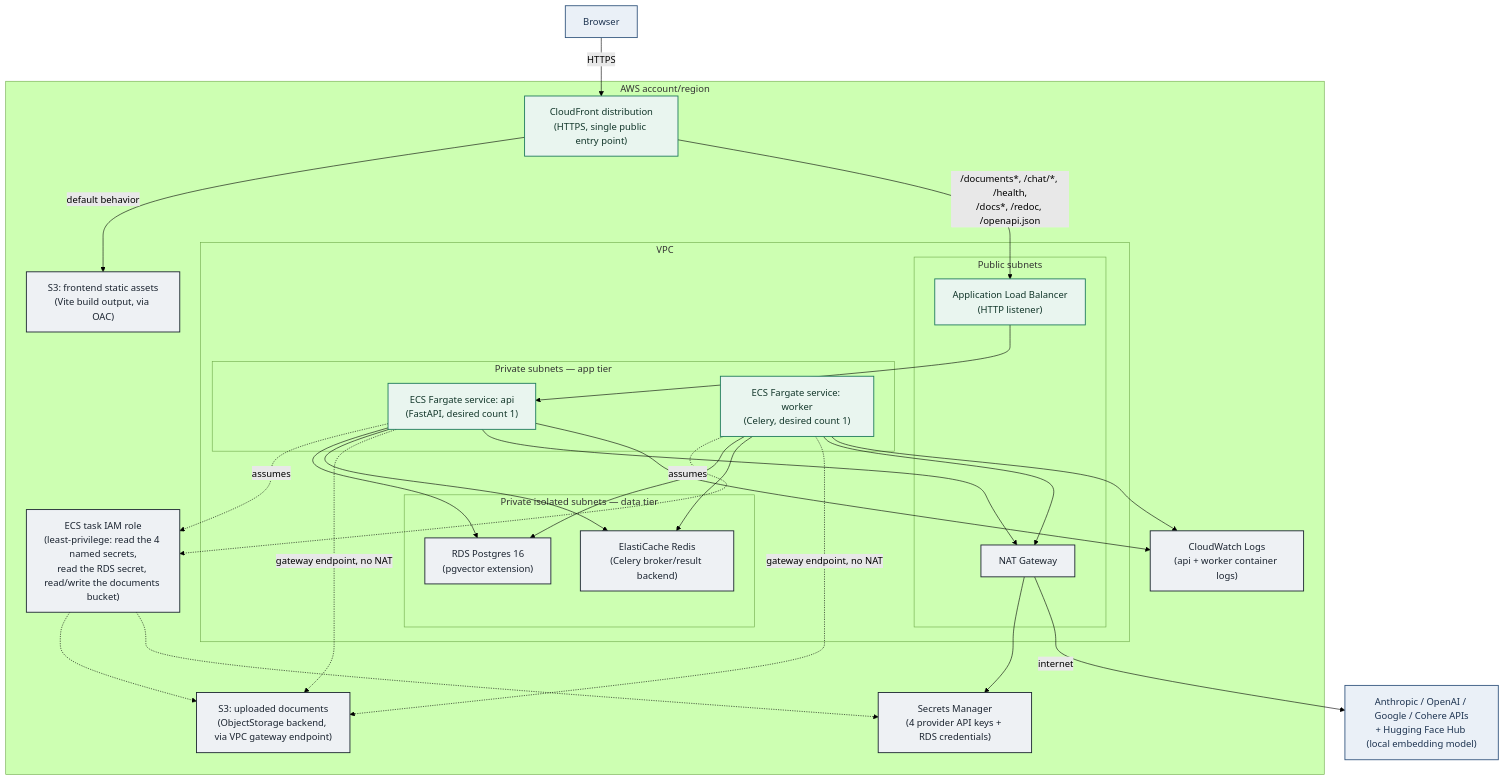
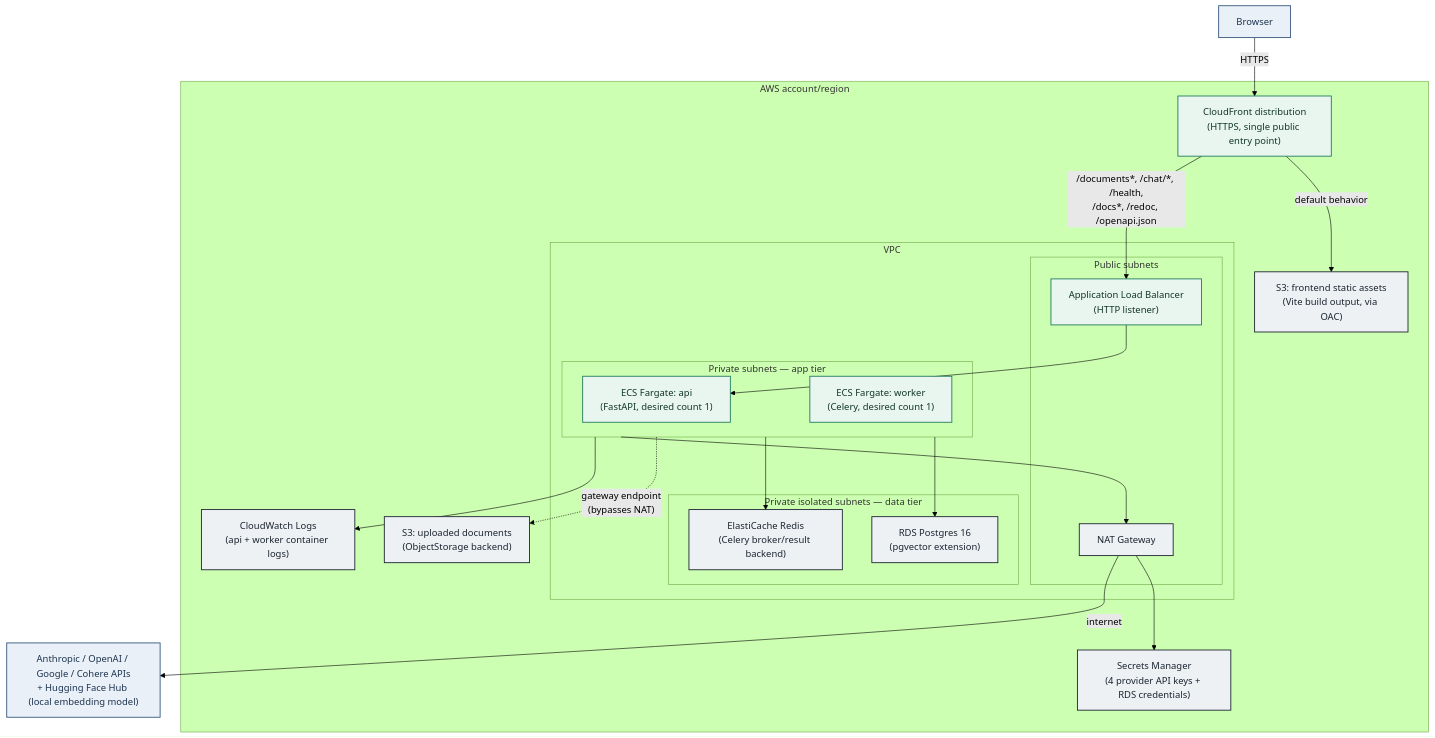
Before and after one commit to amiaynara/chat-with-your-docs: the second of 2 diagrams in docs/architecture.md, drawn with Mermaid (forest theme). The commit also changed other lines of this file, not shown here.

Commit message:
docs: declutter the AWS topology diagram (20 edges -> 11)
api and worker previously each drew their own edge to every shared
dependency (RDS, Redis, S3 docs, NAT, CloudWatch) plus a 4-edge "assumes
IAM role -> reads these two resources" detour — 20 edges total for what's
mostly one shared relationship duplicated per service, which is what made
the diagram look tangled.

Redrawn: shared dependencies are now a single edge from the private
app-tier subnet boundary (Mermaid supports edges to/from a subgraph
directly), since api and worker share every downstream dependency except
ALB traffic (worker has none, and that distinction stays as its own edge).
The IAM role is no longer a separate box with its own arrows -- a
permission grant isn't a data flow -- its scope is covered in the "What
each box is" prose instead, where it already was.

Rendered both diagrams through mermaid-cli to confirm they actually parse
and look right (the subgraph-as-edge-endpoint syntax is real but unusual
enough to verify) -- caught and fixed a real overlap bug from a first pass
that put too much text in the subnet subgraph titles.

````diff
--- a/docs/architecture.md
+++ b/docs/architecture.md
@@ -150,60 +150,49 @@
 ```mermaid
 flowchart TB
     USER["Browser"]:::external
 
     subgraph AWS["AWS account/region"]
         CF["CloudFront distribution<br/>(HTTPS, single public entry point)"]:::built
 
         subgraph VPC["VPC"]
             subgraph PUBLIC["Public subnets"]
                 ALB["Application Load Balancer<br/>(HTTP listener)"]:::built
                 NAT["NAT Gateway"]:::store
             end
 
             subgraph PRIVATE_APP["Private subnets — app tier"]
-                API["ECS Fargate service: api<br/>(FastAPI, desired count 1)"]:::built
-                WORKER["ECS Fargate service: worker<br/>(Celery, desired count 1)"]:::built
+                API["ECS Fargate: api<br/>(FastAPI, desired count 1)"]:::built
+                WORKER["ECS Fargate: worker<br/>(Celery, desired count 1)"]:::built
             end
 
             subgraph PRIVATE_DATA["Private isolated subnets — data tier"]
                 RDS["RDS Postgres 16<br/>(pgvector extension)"]:::store
                 REDIS["ElastiCache Redis<br/>(Celery broker/result backend)"]:::store
             end
         end
 
         S3FRONTEND["S3: frontend static assets<br/>(Vite build output, via OAC)"]:::store
-        S3DOCS["S3: uploaded documents<br/>(ObjectStorage backend, via VPC gateway endpoint)"]:::store
+        S3DOCS["S3: uploaded documents<br/>(ObjectStorage backend)"]:::store
         SECRETS["Secrets Manager<br/>(4 provider API keys + RDS credentials)"]:::store
-        IAMROLE["ECS task IAM role<br/>(least-privilege: read the 4 named secrets,<br/>read the RDS secret, read/write the documents bucket)"]:::store
         CW["CloudWatch Logs<br/>(api + worker container logs)"]:::store
     end
 
     EXT["Anthropic / OpenAI / Google / Cohere APIs<br/>+ Hugging Face Hub (local embedding model)"]:::external
 
     USER -->|HTTPS| CF
     CF -->|"default behavior"| S3FRONTEND
     CF -->|"/documents*, /chat/*, /health,<br/>/docs*, /redoc, /openapi.json"| ALB
     ALB --> API
 
-    API -.->|assumes| IAMROLE
-    WORKER -.->|assumes| IAMROLE
-    IAMROLE -.-> S3DOCS
-    IAMROLE -.-> SECRETS
-
-    API --> RDS
-    WORKER --> RDS
-    API --> REDIS
-    WORKER --> REDIS
-    API -.->|"gateway endpoint, no NAT"| S3DOCS
-    WORKER -.->|"gateway endpoint, no NAT"| S3DOCS
-    API --> NAT
-    WORKER --> NAT
+    PRIVATE_APP --> RDS
+    PRIVATE_APP --> REDIS
+    PRIVATE_APP -.->|"gateway endpoint<br/>(bypasses NAT)"| S3DOCS
+    PRIVATE_APP --> NAT
+    PRIVATE_APP --> CW
     NAT --> SECRETS
     NAT -->|internet| EXT
-    API --> CW
-    WORKER --> CW
 
     classDef built fill:#e9f5ef,stroke:#1f7a5c,stroke-width:1.5px,color:#12362a;
     classDef store fill:#eef1f4,stroke:#1b2430,stroke-width:1.5px,color:#1b2430;
     classDef external fill:#eaf0f7,stroke:#35577f,stroke-width:1.5px,color:#1d3350;
 ```
````
